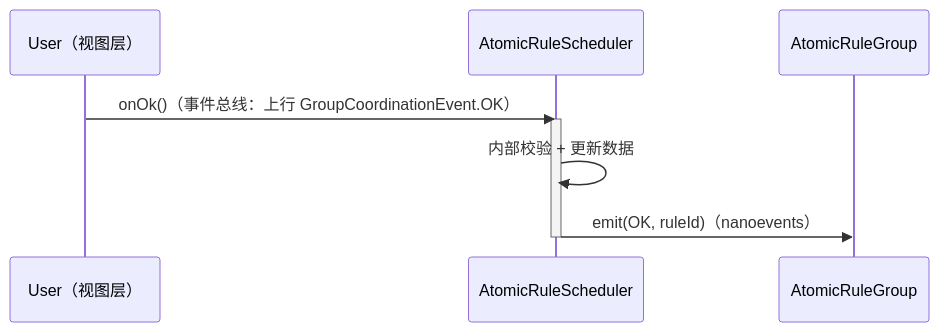
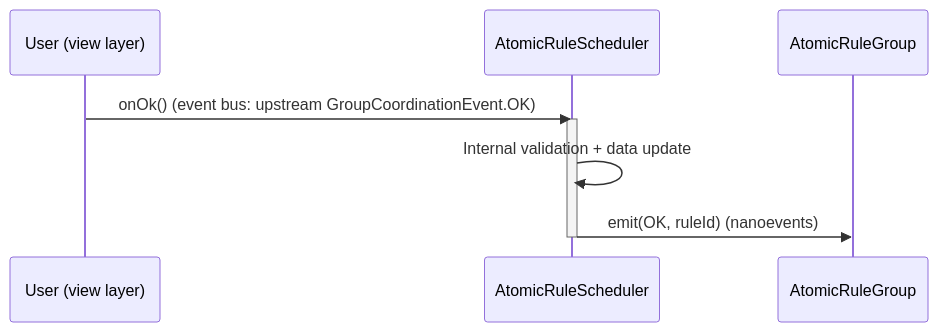
Before and after one commit to huang-xiao-jian/themis: the first of 4 diagrams in specs/core/application.md, drawn with Mermaid. The commit also changed other lines of this file and 17 other files, not shown here.

````diff
--- a/specs/core/application.md
+++ b/specs/core/application.md
@@ -150,12 +151,12 @@
 ```mermaid
 sequenceDiagram
-  participant U as User（视图层）
+  participant U as User (view layer)
   participant R as AtomicRuleScheduler
   participant G as AtomicRuleGroup
 
-  U->>R: onOk()（事件总线：上行 GroupCoordinationEvent.OK）
+  U->>R: onOk() (event bus: upstream GroupCoordinationEvent.OK)
   activate R
-  R->>R: 内部校验 + 更新数据
-  R->>G: emit(OK, ruleId)（nanoevents）
+  R->>R: Internal validation + data update
+  R->>G: emit(OK, ruleId) (nanoevents)
   deactivate R
 ```
````
